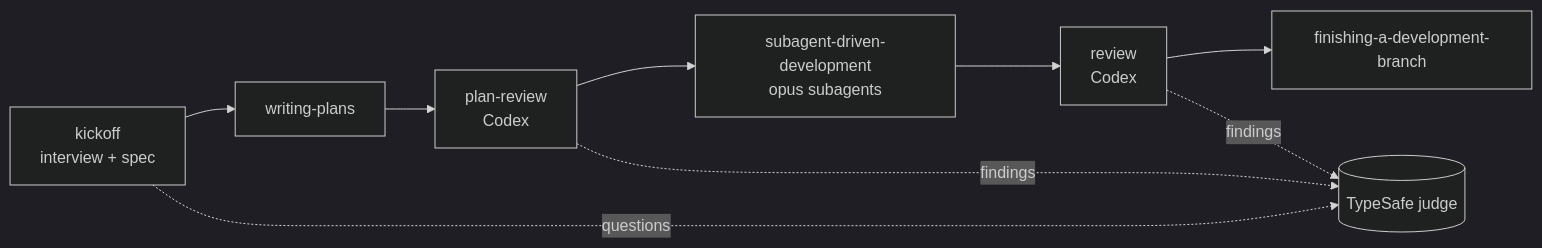
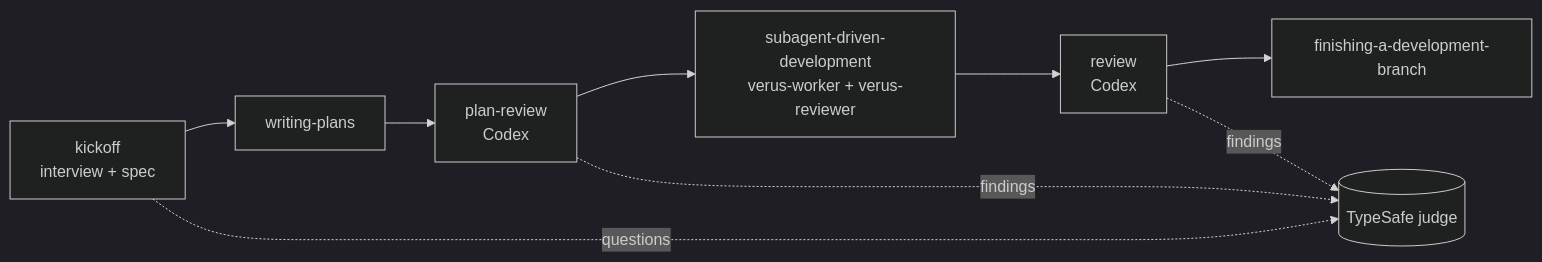
Before and after one commit to VerusK/claude-skills: the diagram in README.md, drawn with Mermaid (dark theme). The commit also changed other lines of this file and 1 other file, not shown here.

````diff
--- a/README.md
+++ b/README.md
@@ -29,11 +29,11 @@
 ```mermaid
 flowchart LR
   K[kickoff<br/>interview + spec] --> W[writing-plans]
   W --> PR[plan-review<br/>Codex]
-  PR --> SDD[subagent-driven-development<br/>opus subagents]
+  PR --> SDD[subagent-driven-development<br/>verus-worker + verus-reviewer]
   SDD --> BR[review<br/>Codex]
   BR --> F[finishing-a-development-branch]
   K -. questions .-> J[(TypeSafe judge)]
   PR -. findings .-> J
   BR -. findings .-> J
 ```
````
